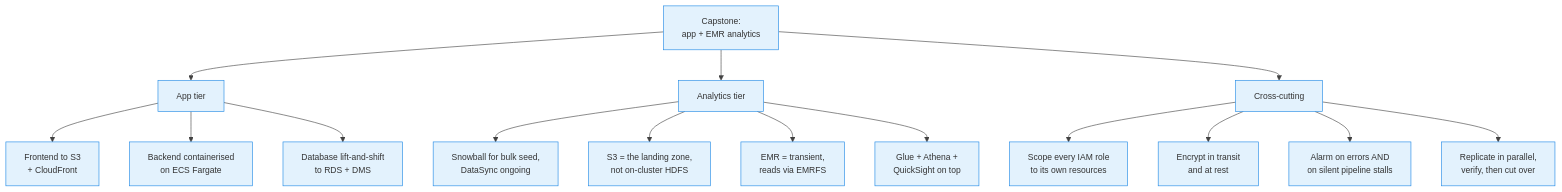
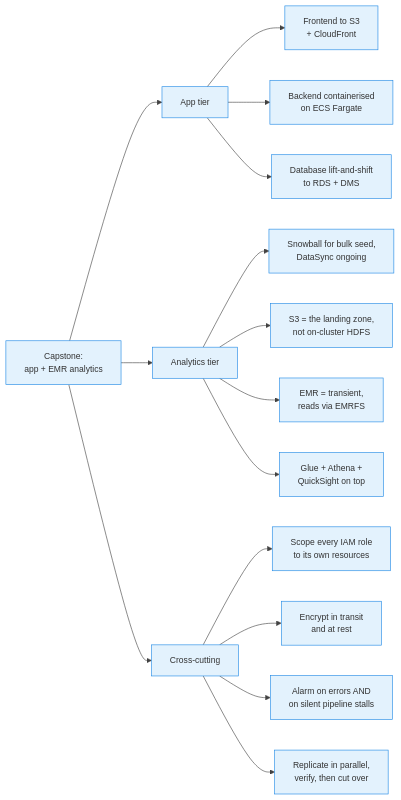
Before and after one commit to senthilkumarm1901/learn_by_blogging: diagram 19 of 19 in aws_cloud_technical_essentials_book/14-capstone-decoupled-app-and-emr-analytics.qmd, drawn with Mermaid. The commit also changed 4 other files, not shown here.

Commit message:
mermaid diagram minor update

````diff
--- a/aws_cloud_technical_essentials_book/14-capstone-decoupled-app-and-emr-analytics.qmd
+++ b/aws_cloud_technical_essentials_book/14-capstone-decoupled-app-and-emr-analytics.qmd
@@ -517,22 +517,22 @@
 ```{mermaid}
 %%{init: {'theme': 'base', 'themeVariables': {'primaryColor': '#E3F2FD', 'primaryBorderColor': '#1E88E5', 'lineColor': '#424242', 'fontSize': '14px'}}}%%
-flowchart TD
+flowchart LR
     ROOT["Capstone:<br>app + EMR analytics"]
 
     ROOT --> APP["App tier"]
     APP --> A1["Frontend to S3<br>+ CloudFront"]
     APP --> A2["Backend containerised<br>on ECS Fargate"]
     APP --> A3["Database lift-and-shift<br>to RDS + DMS"]
 
     ROOT --> AN["Analytics tier"]
     AN --> N1["Snowball for bulk seed,<br>DataSync ongoing"]
     AN --> N2["S3 = the landing zone,<br>not on-cluster HDFS"]
     AN --> N3["EMR = transient,<br>reads via EMRFS"]
     AN --> N4["Glue + Athena +<br>QuickSight on top"]
 
     ROOT --> X["Cross-cutting"]
     X --> X1["Scope every IAM role<br>to its own resources"]
     X --> X2["Encrypt in transit<br>and at rest"]
     X --> X3["Alarm on errors AND<br>on silent pipeline stalls"]
     X --> X4["Replicate in parallel,<br>verify, then cut over"]
 ```
````
